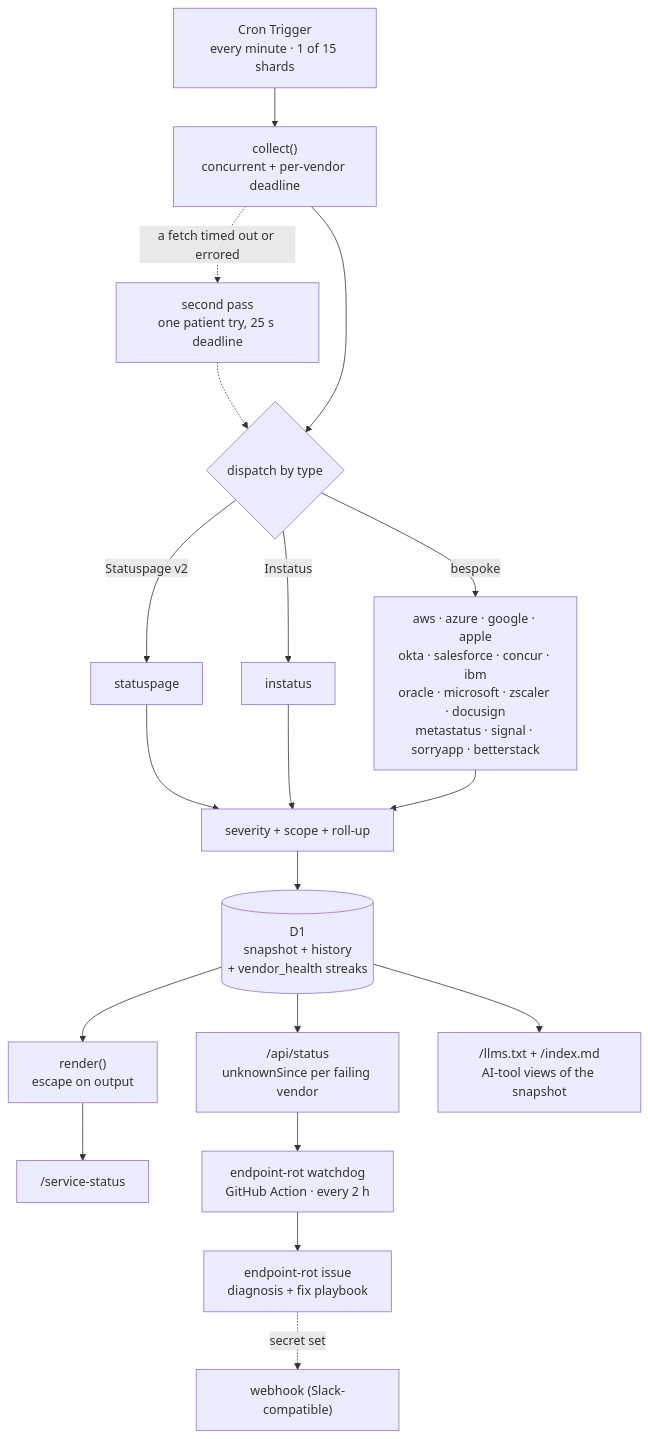
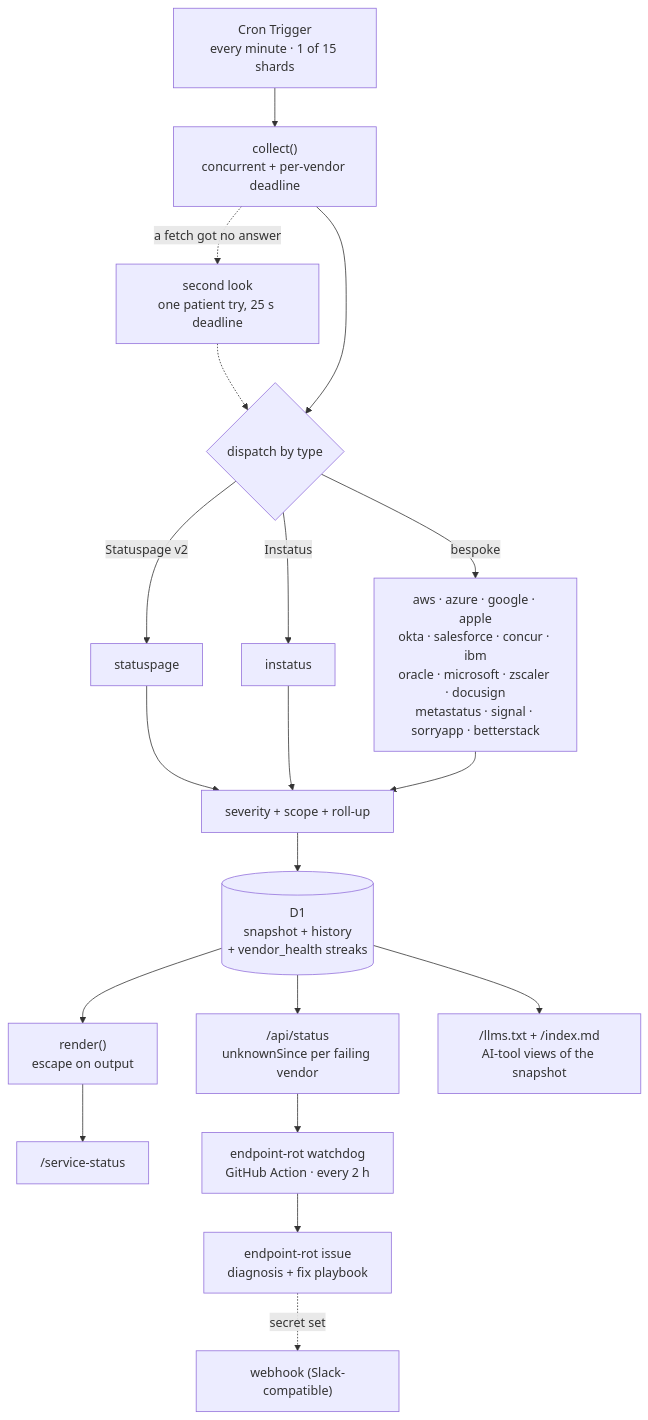
One commit to bjgreenberg/vendor-dashboard changed the first of 3 diagrams in README.md. Above: the diagram before and after it, drawn with Mermaid. The commit also changed other lines of this file and 5 other files, not shown here.

First line of the commit message:
fix(engine): give the second look at the fetch, per source, for no-answer failures only

````diff
--- a/README.md
+++ b/README.md
@@ -82,21 +82,21 @@
 ```mermaid
 flowchart TB
     cron["Cron Trigger<br/>every minute · 1 of 15 shards"] --> collect["collect()<br/>concurrent + per-vendor deadline"]
-    collect -.->|"a fetch timed out or errored"| recheck["second pass<br/>one patient try, 25 s deadline"]
+    collect -.->|"a fetch got no answer"| recheck["second look<br/>one patient try, 25 s deadline"]
     recheck -.-> adapters
     collect --> adapters{"dispatch by type"}
     adapters -->|"Statuspage v2"| a1["statuspage"]
     adapters -->|"Instatus"| a2["instatus"]
     adapters -->|"bespoke"| a3["aws · azure · google · apple<br/>okta · salesforce · concur · ibm<br/>oracle · microsoft · zscaler · docusign<br/>metastatus · signal · sorryapp · betterstack"]
     a1 --> norm["severity + scope + roll-up"]
     a2 --> norm
     a3 --> norm
     norm --> d1[("D1<br/>snapshot + history<br/>+ vendor_health streaks")]
     d1 --> render["render()<br/>escape on output"]
     render --> page["/service-status"]
     d1 --> api["/api/status<br/>unknownSince per failing vendor"]
     d1 --> ai["/llms.txt + /index.md<br/>AI-tool views of the snapshot"]
     api --> wd["endpoint-rot watchdog<br/>GitHub Action · every 2 h"]
     wd --> issue["endpoint-rot issue<br/>diagnosis + fix playbook"]
     issue -.->|"secret set"| slack["webhook (Slack-compatible)"]
 ```
````
